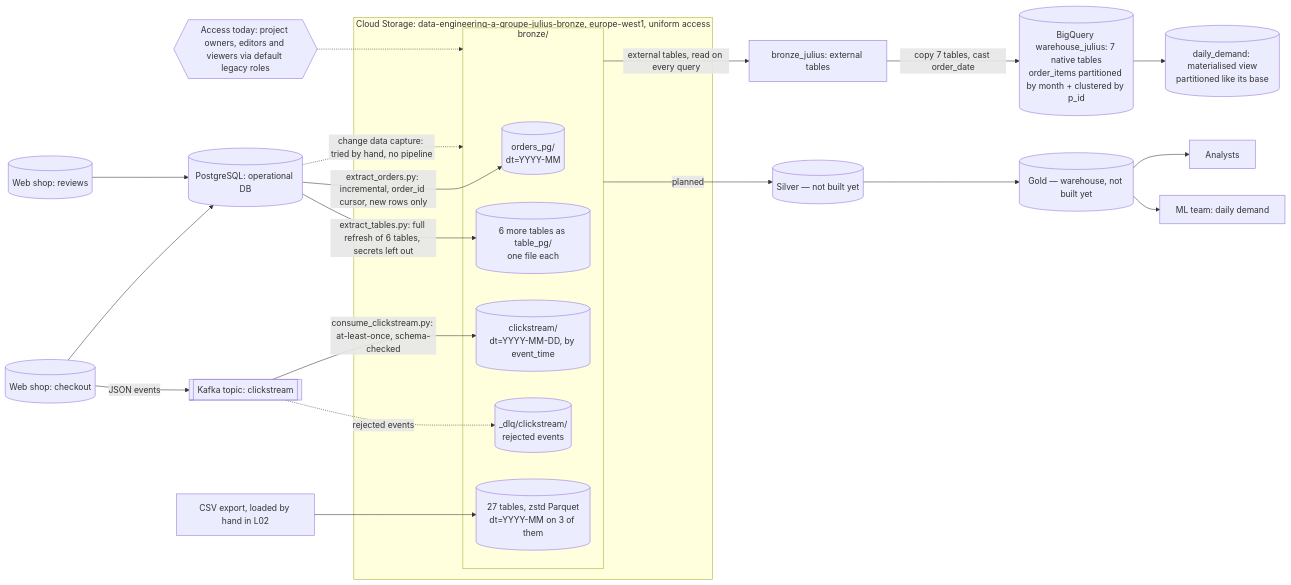
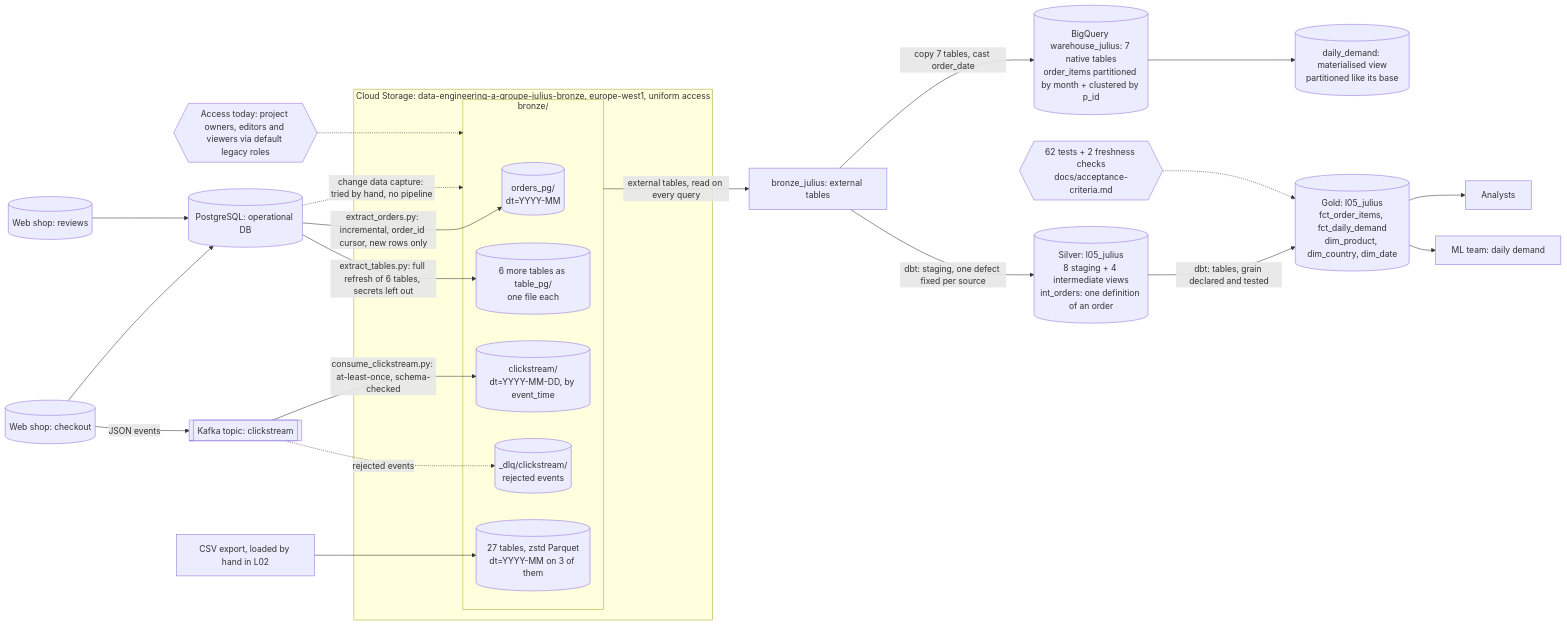
One commit to JuliusHayter/de-platform-template changed the diagram in docs/architecture.md. Above: the diagram before and after it, drawn with Mermaid. The commit also changed other lines of this file and 40 other files, not shown here.

First line of the commit message:
ADD: Build silver and gold with dbt, and the tests that hold them up

````diff
--- a/docs/architecture.md
+++ b/docs/architecture.md
@@ -19,32 +19,33 @@
 ```mermaid
 flowchart LR
   checkout[(Web shop: checkout)] --> pg[(PostgreSQL: operational DB)]
   reviews[(Web shop: reviews)] --> pg
   checkout -->|JSON events| kafka[[Kafka topic: clickstream]]
 
   pg -->|"extract_orders.py: incremental, order_id cursor, new rows only"| orders_pg
   pg -->|"extract_tables.py: full refresh of 6 tables, secrets left out"| tables_pg
   kafka -->|"consume_clickstream.py: at-least-once, schema-checked"| clickstream
   kafka -.->|"rejected events"| dlq
   pg -.->|"change data capture: tried by hand, no pipeline"| bronze
   csv[CSV export, loaded by hand in L02] --> tables
 
   subgraph gcs[Cloud Storage: data-engineering-a-groupe-julius-bronze, europe-west1, uniform access]
     subgraph bronze[bronze/]
       tables[(27 tables, zstd Parquet<br/>dt=YYYY-MM on 3 of them)]
       orders_pg[(orders_pg/<br/>dt=YYYY-MM)]
       tables_pg[(6 more tables as table_pg/<br/>one file each)]
       clickstream[(clickstream/<br/>dt=YYYY-MM-DD, by event_time)]
       dlq[(_dlq/clickstream/<br/>rejected events)]
     end
   end
 
   access{{Access today: project owners, editors and viewers via default legacy roles}} -.-> bronze
   bronze -->|"external tables, read on every query"| ext[bronze_julius: external tables]
   ext -->|"copy 7 tables, cast order_date"| wh[(BigQuery warehouse_julius: 7 native tables<br/>order_items partitioned by month + clustered by p_id)]
   wh --> mv[(daily_demand: materialised view<br/>partitioned like its base)]
-  bronze -->|planned| silver[(Silver — not built yet)]
-  silver --> gold[(Gold — warehouse, not built yet)]
+  ext -->|"dbt: staging, one defect fixed per source"| silver[(Silver: l05_julius<br/>8 staging + 4 intermediate views<br/>int_orders: one definition of an order)]
+  silver -->|"dbt: tables, grain declared and tested"| gold[(Gold: l05_julius<br/>fct_order_items, fct_daily_demand<br/>dim_product, dim_country, dim_date)]
   gold --> analysts[Analysts]
   gold --> ml[ML team: daily demand]
+  tests{{"62 tests + 2 freshness checks<br/>docs/acceptance-criteria.md"}} -.-> gold
 ```
````
